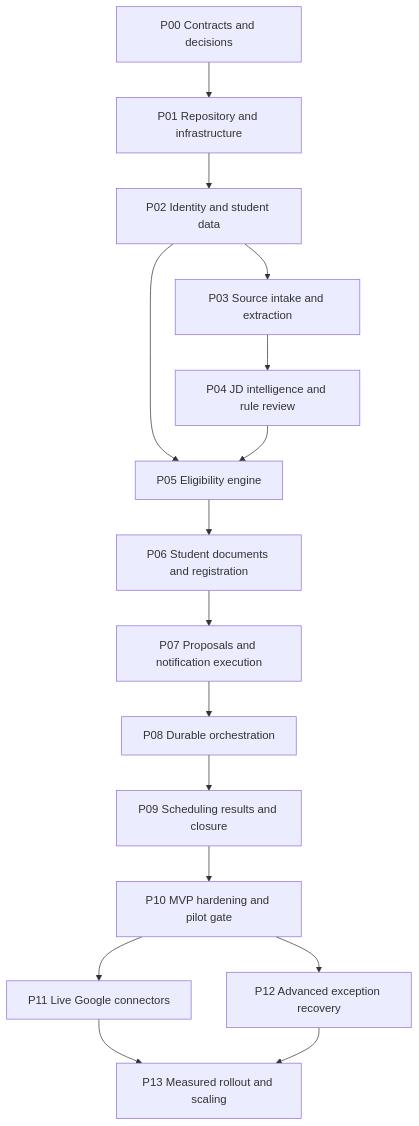
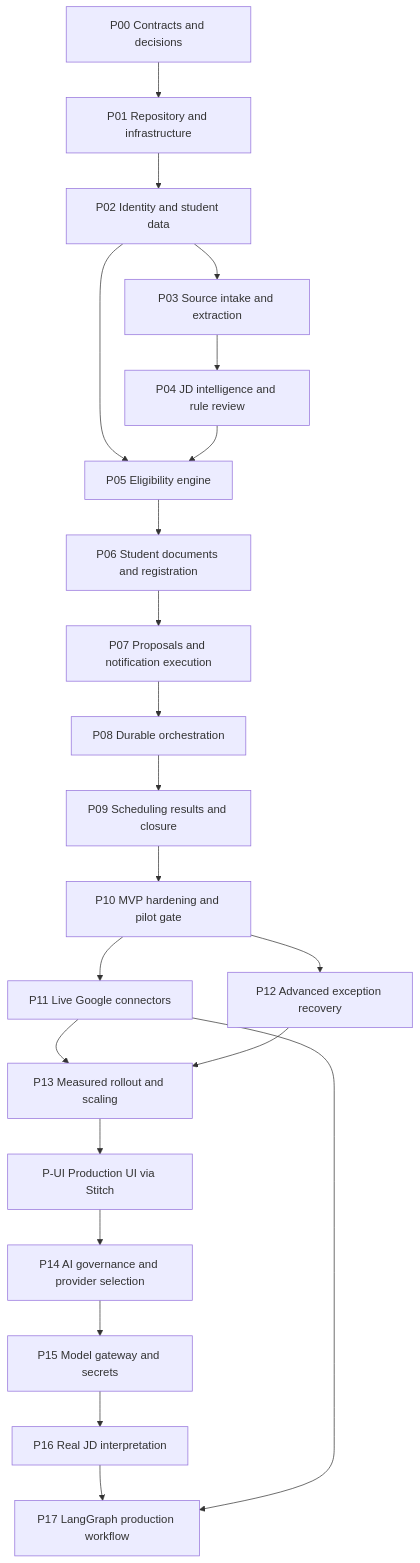
Before and after one commit to shivanshmishra123/PlacementOS: the diagram in PLAN.md, drawn with Mermaid. The commit also changed other lines of this file and 52 other files, not shown here.

````diff
--- a/PLAN.md
+++ b/PLAN.md
@@ -44,18 +44,24 @@
 ```mermaid
 flowchart TD
     P00[P00 Contracts and decisions] --> P01[P01 Repository and infrastructure]
     P01 --> P02[P02 Identity and student data]
     P02 --> P03[P03 Source intake and extraction]
     P03 --> P04[P04 JD intelligence and rule review]
     P02 --> P05[P05 Eligibility engine]
     P04 --> P05
     P05 --> P06[P06 Student documents and registration]
     P06 --> P07[P07 Proposals and notification execution]
     P07 --> P08[P08 Durable orchestration]
     P08 --> P09[P09 Scheduling results and closure]
     P09 --> P10[P10 MVP hardening and pilot gate]
     P10 --> P11[P11 Live Google connectors]
     P10 --> P12[P12 Advanced exception recovery]
     P11 --> P13[P13 Measured rollout and scaling]
     P12 --> P13
+    P13 --> PUI[P-UI Production UI via Stitch]
+    PUI --> P14[P14 AI governance and provider selection]
+    P14 --> P15[P15 Model gateway and secrets]
+    P15 --> P16[P16 Real JD interpretation]
+    P16 --> P17[P17 LangGraph production workflow]
+    P11 --> P17
 ```
````
